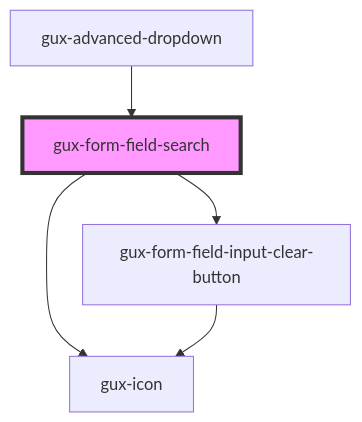
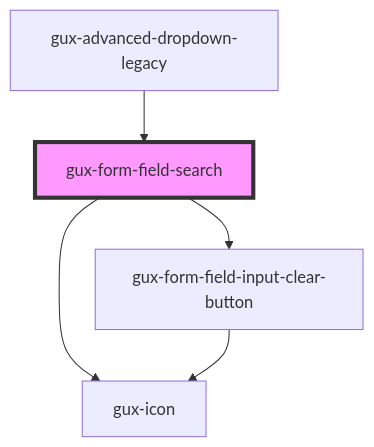
The diagram in packages/genesys-spark-components/src/components/stable/gux-form-field/components/gux-form-field-search/readme.md (MyPureCloud/genesys-spark), drawn with Mermaid before and after one commit. The commit also changed other lines of this file and 20 other files, not shown here.

Commit message:
feat(gux-advanced-dropdown): move gux-advanced-dropdown to legacy

````diff
--- a/packages/genesys-spark-components/src/components/stable/gux-form-field/components/gux-form-field-search/readme.md
+++ b/packages/genesys-spark-components/src/components/stable/gux-form-field/components/gux-form-field-search/readme.md
@@ -50,8 +50,8 @@
 ```mermaid
 graph TD;
   gux-form-field-search --> gux-icon
   gux-form-field-search --> gux-form-field-input-clear-button
   gux-form-field-input-clear-button --> gux-icon
-  gux-advanced-dropdown --> gux-form-field-search
+  gux-advanced-dropdown-legacy --> gux-form-field-search
   style gux-form-field-search fill:#f9f,stroke:#333,stroke-width:4px
 ```
````
